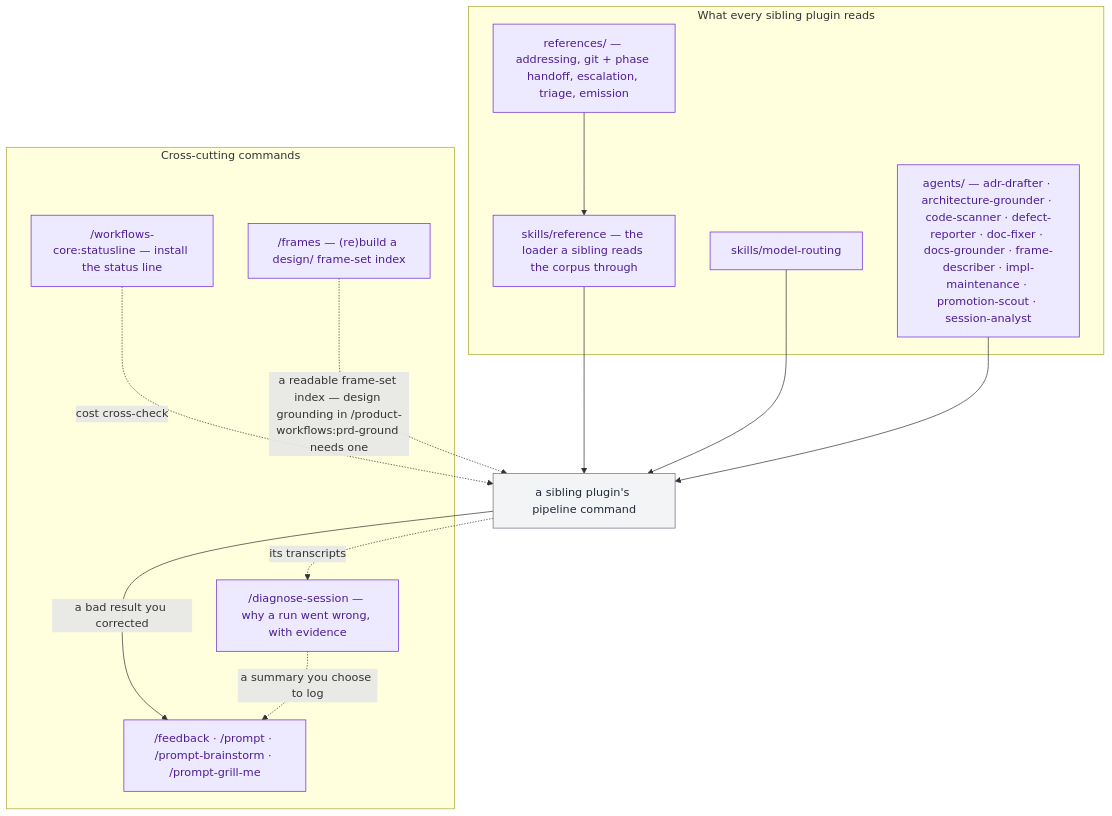
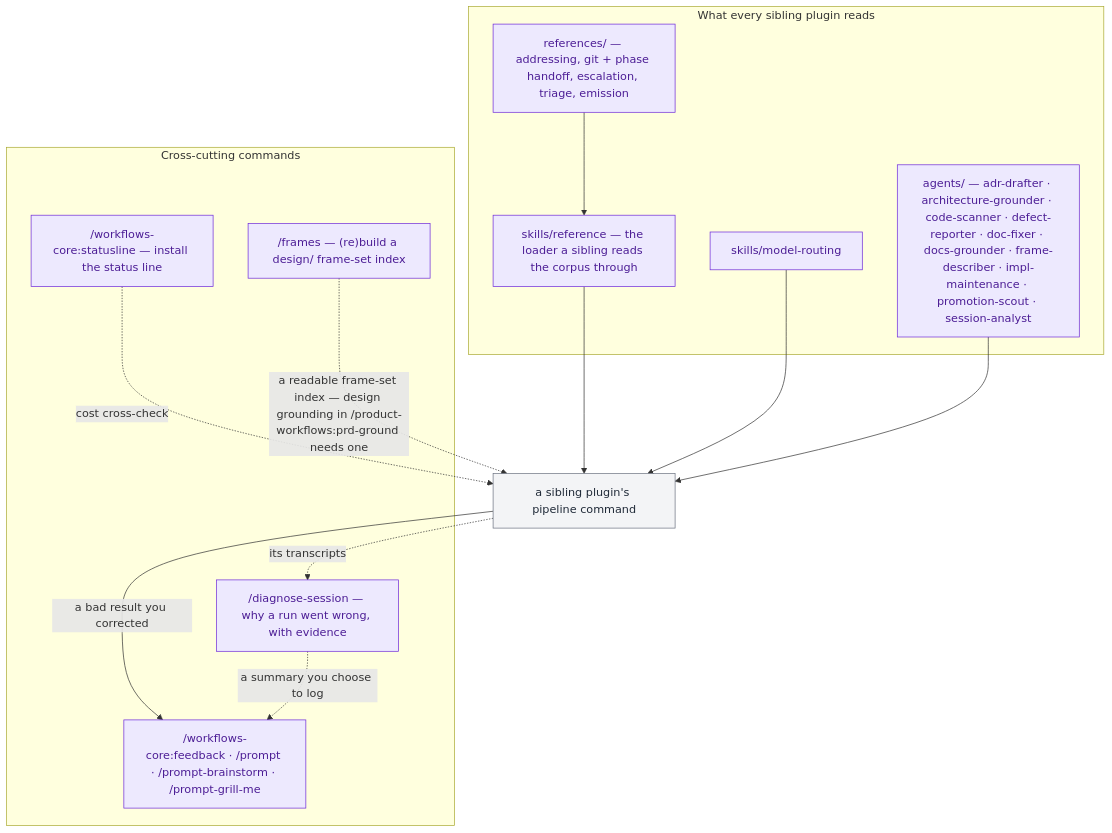
One commit to ihudak/ai-workflows changed the diagram in plugins/workflows-core/docs/workflow.md. Above: the diagram before and after it, drawn with Mermaid. The commit also changed other lines of this file and 26 other files, not shown here.

````diff
--- a/plugins/workflows-core/docs/workflow.md
+++ b/plugins/workflows-core/docs/workflow.md
@@ -5,29 +5,29 @@
 ```mermaid
 flowchart TD
     subgraph CORPUS["What every sibling plugin reads"]
         refs["references/ — addressing, git + phase handoff, escalation, triage, emission"]:::core
         loader["skills/reference — the loader a sibling reads the corpus through"]:::core
         skill["skills/model-routing"]:::core
         agents["agents/ — adr-drafter · architecture-grounder · code-scanner · defect-reporter · doc-fixer · docs-grounder · frame-describer · impl-maintenance · promotion-scout · session-analyst"]:::core
     end
     subgraph CROSS["Cross-cutting commands"]
         setup["/workflows-core:statusline — install the status line"]:::core
         repair["/frames — (re)build a design/ frame-set index"]:::core
-        improve["/feedback · /prompt · /prompt-brainstorm · /prompt-grill-me"]:::core
+        improve["/workflows-core:feedback · /prompt · /prompt-brainstorm · /prompt-grill-me"]:::core
         diagnose["/diagnose-session — why a run went wrong, with evidence"]:::core
     end
     pipeline["a sibling plugin's pipeline command"]:::other
 
     refs --> loader
     loader --> pipeline
     skill --> pipeline
     agents --> pipeline
     pipeline -->|a bad result you corrected| improve
     pipeline -.->|its transcripts| diagnose
     diagnose -.->|a summary you choose to log| improve
     setup -.->|cost cross-check| pipeline
     repair -.->|"a readable frame-set index — design grounding in /product-workflows:prd-ground needs one"| pipeline
 
     classDef core fill:#ede9fe,stroke:#6d28d9,color:#4c1d95
     classDef other fill:#f3f4f6,stroke:#6b7280,color:#1f2937
 ```
````
